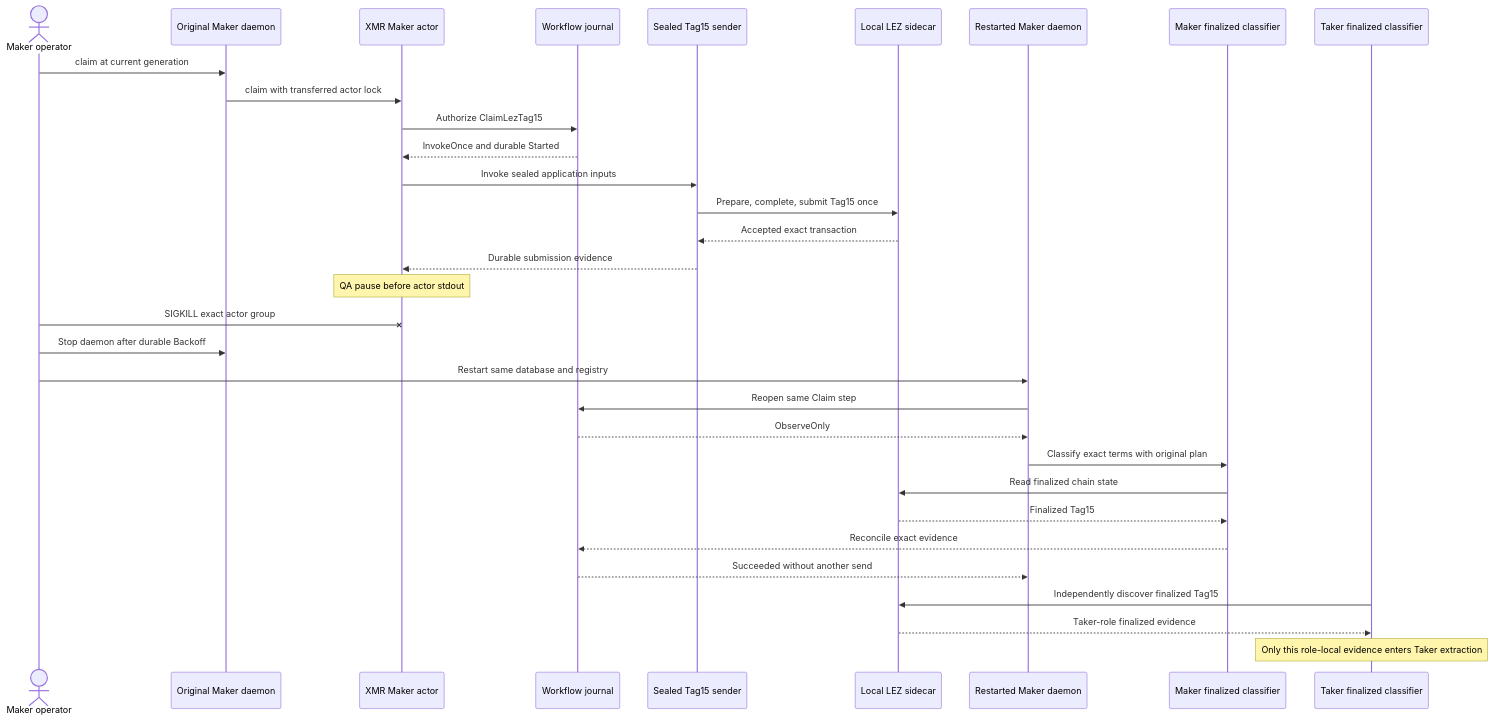
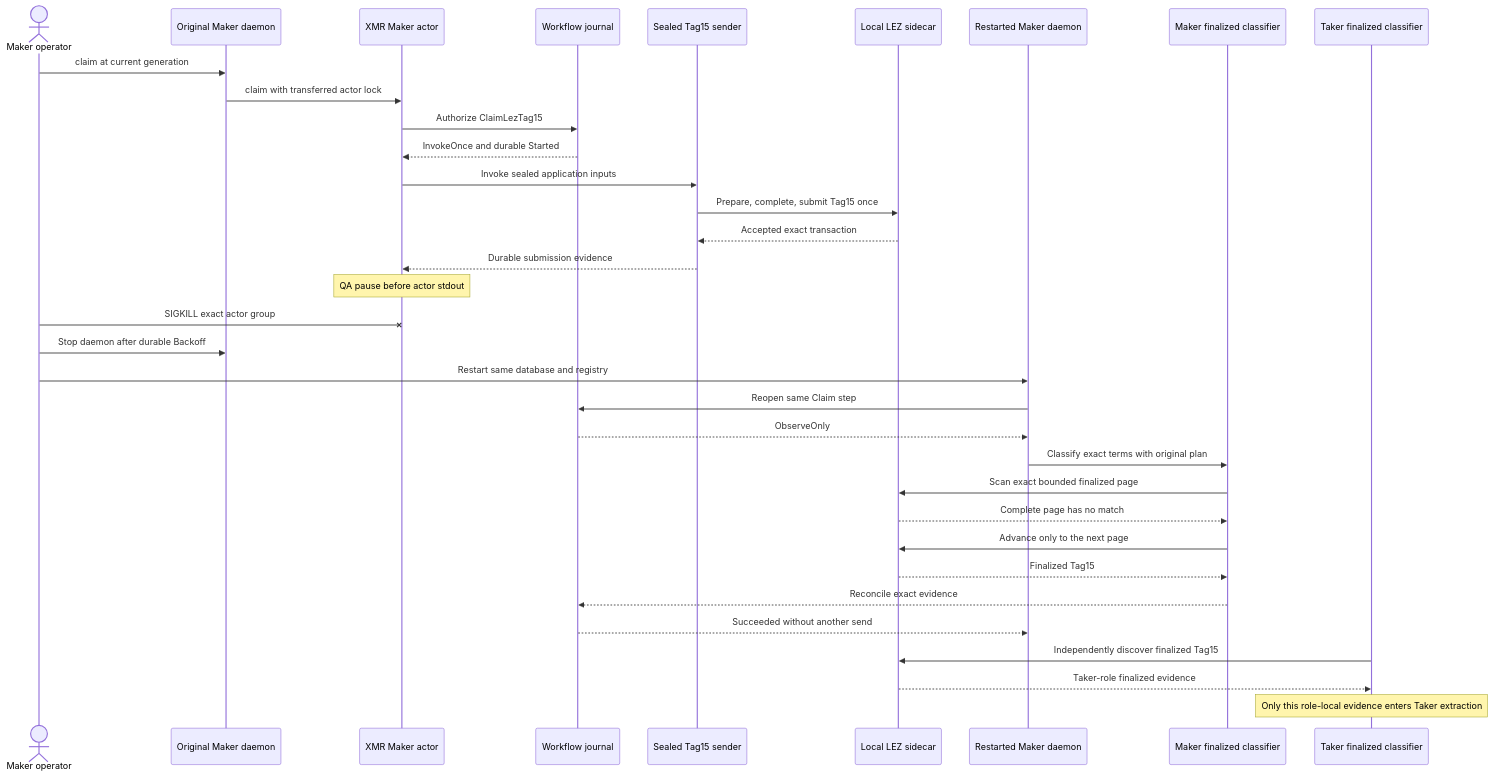
Before and after one commit to gateway-fm/lez-atomic-swaps: the second of 2 diagrams in docs/architecture/0196-recover-maker-tag15-after-process-kill.md, drawn with Mermaid. The commit also changed other lines of this file and 6 other files, not shown here.

````diff
--- a/docs/architecture/0196-recover-maker-tag15-after-process-kill.md
+++ b/docs/architecture/0196-recover-maker-tag15-after-process-kill.md
@@ -65,35 +70,37 @@
 ```mermaid
 sequenceDiagram
     actor U as Maker operator
     participant D1 as Original Maker daemon
     participant A1 as XMR Maker actor
     participant J as Workflow journal
     participant S as Sealed Tag15 sender
     participant L as Local LEZ sidecar
     participant D2 as Restarted Maker daemon
     participant O as Maker finalized classifier
     participant TO as Taker finalized classifier
 
     U->>D1: claim at current generation
     D1->>A1: claim with transferred actor lock
     A1->>J: Authorize ClaimLezTag15
     J-->>A1: InvokeOnce and durable Started
     A1->>S: Invoke sealed application inputs
     S->>L: Prepare, complete, submit Tag15 once
     L-->>S: Accepted exact transaction
     S-->>A1: Durable submission evidence
     Note over A1: QA pause before actor stdout
     U-xA1: SIGKILL exact actor group
     U->>D1: Stop daemon after durable Backoff
     U->>D2: Restart same database and registry
     D2->>J: Reopen same Claim step
     J-->>D2: ObserveOnly
     D2->>O: Classify exact terms with original plan
-    O->>L: Read finalized chain state
+    O->>L: Scan exact bounded finalized page
+    L-->>O: Complete page has no match
+    O->>L: Advance only to the next page
     L-->>O: Finalized Tag15
     O-->>J: Reconcile exact evidence
     J-->>D2: Succeeded without another send
     TO->>L: Independently discover finalized Tag15
     L-->>TO: Taker-role finalized evidence
     Note over TO: Only this role-local evidence enters Taker extraction
 ```
````
